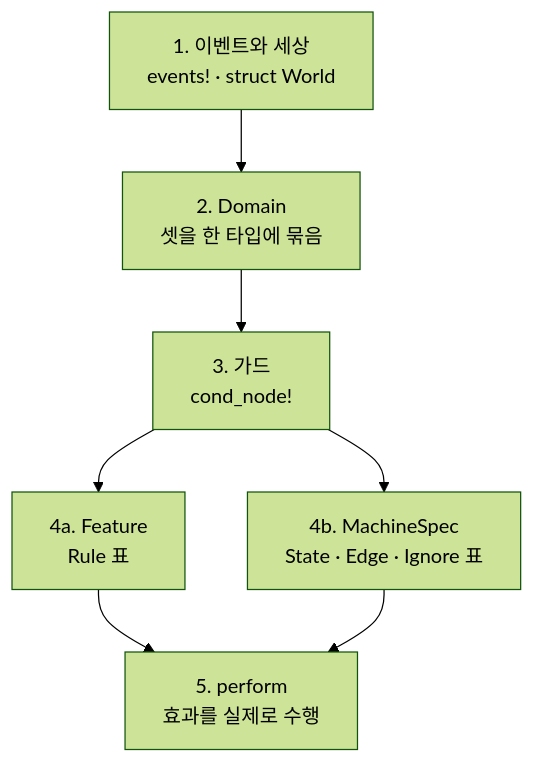
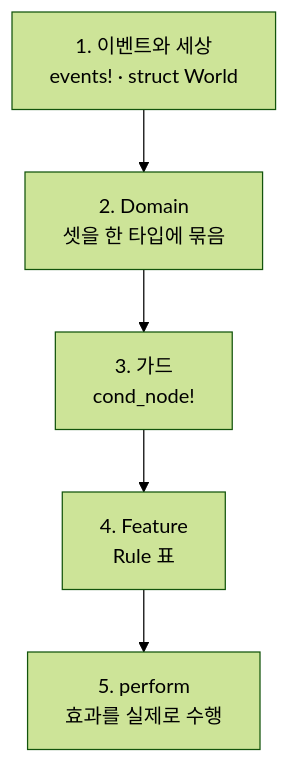
One commit to 4artit/declared changed the diagram in docs/2-declaration.md. Above: the diagram before and after it, drawn with Mermaid (forest theme). The commit also changed other lines of this file and 23 other files, not shown here.

````diff
--- a/docs/2-declaration.md
+++ b/docs/2-declaration.md
@@ -8,9 +8,7 @@
 ```mermaid
 flowchart TD
     A["1. 이벤트와 세상<br/>events! · struct World"] --> B["2. Domain<br/>셋을 한 타입에 묶음"]
     B --> C["3. 가드<br/>cond_node!"]
-    C --> D1["4a. Feature<br/>Rule 표"]
-    C --> D2["4b. MachineSpec<br/>State · Edge · Ignore 표"]
-    D1 --> E["5. perform<br/>효과를 실제로 수행"]
-    D2 --> E
+    C --> D["4. Feature<br/>Rule 표"]
+    D --> E["5. perform<br/>효과를 실제로 수행"]
 ```
````
